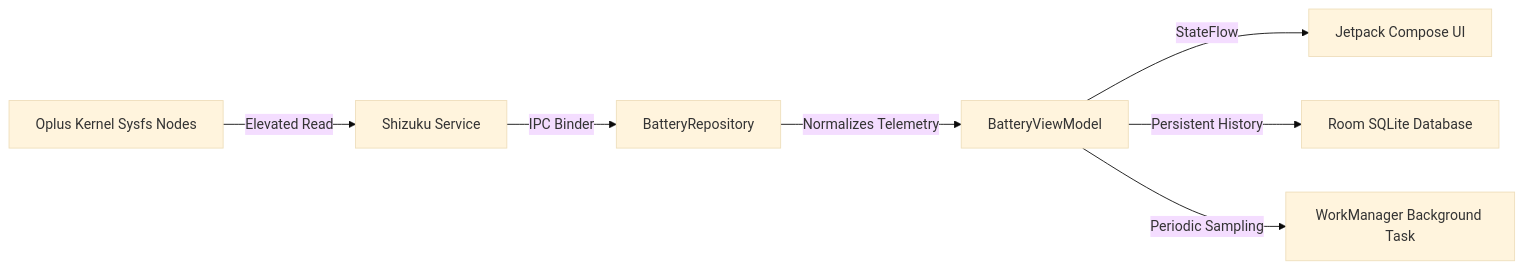
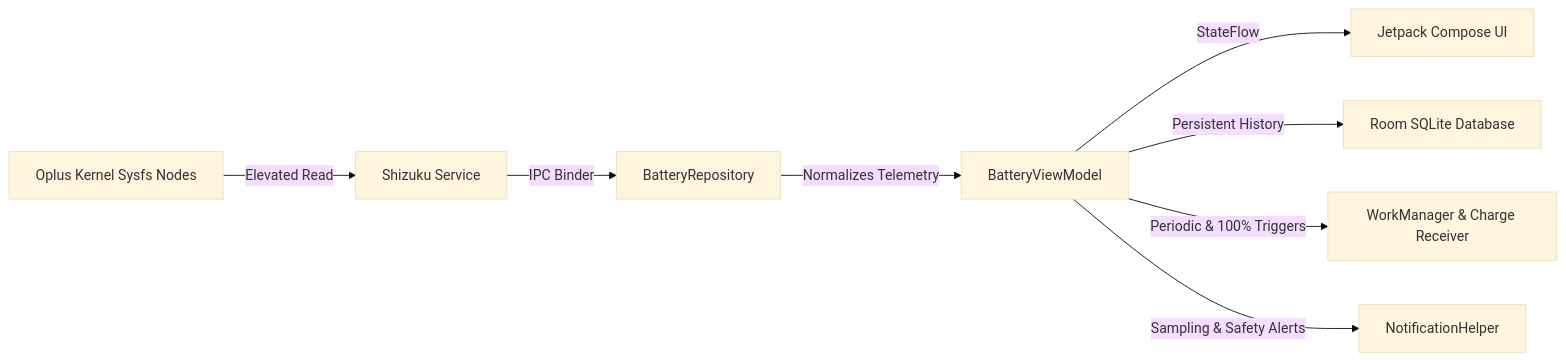
Before and after one commit to FrancescoMin/batteryhealthtracker: the diagram in README.md, drawn with Mermaid (base theme). The commit also changed other lines of this file, not shown here.

````diff
--- a/README.md
+++ b/README.md
@@ -136,9 +144,10 @@
 ```mermaid
 flowchart LR
     A[Oplus Kernel Sysfs Nodes] -->|Elevated Read| B[Shizuku Service]
     B -->|IPC Binder| C[BatteryRepository]
     C -->|Normalizes Telemetry| D[BatteryViewModel]
     D -->|StateFlow| E[Jetpack Compose UI]
     D -->|Persistent History| F[Room SQLite Database]
-    D -->|Periodic Sampling| G[WorkManager Background Task]
+    D -->|Periodic & 100% Triggers| G[WorkManager & Charge Receiver]
+    D -->|Sampling & Safety Alerts| H[NotificationHelper]
 ```
````
